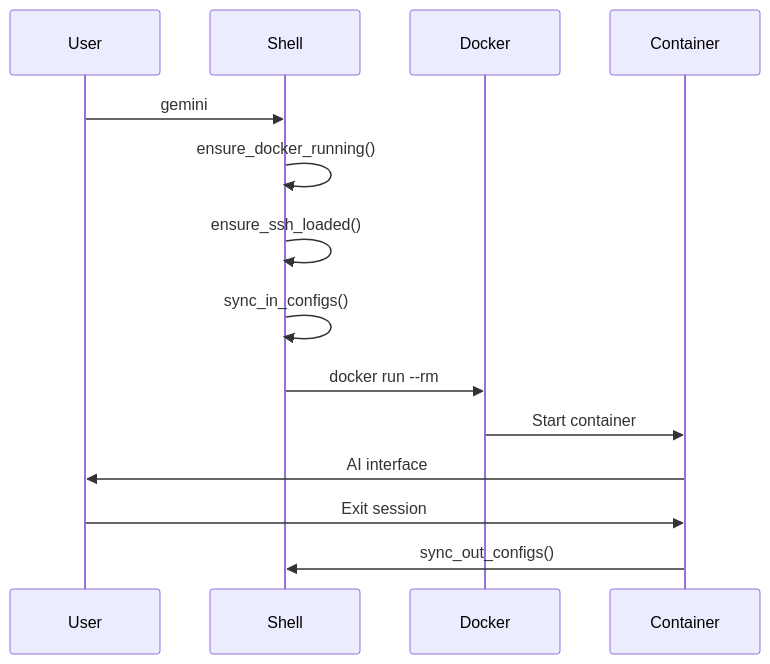
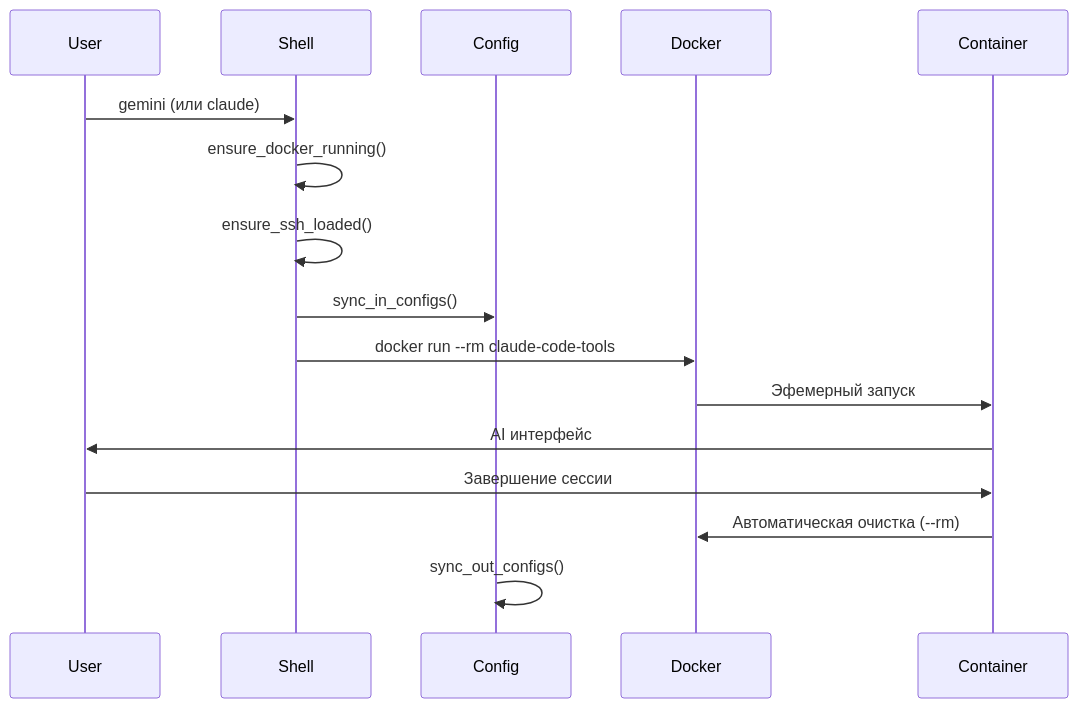
One commit to RussianLioN/claude-code-docker-tools changed the first of 2 diagrams in PROJECT_ARCHITECTURE.md. Above: the diagram before and after it, drawn with Mermaid. The commit also changed other lines of this file and 36 other files, not shown here.

Commit message:
fix(claude): fix auth persistence via sync-out and hostname pinning

````diff
--- a/PROJECT_ARCHITECTURE.md
+++ b/PROJECT_ARCHITECTURE.md
@@ -170,17 +209,19 @@
 ```mermaid
 sequenceDiagram
     participant User
     participant Shell
+    participant Config
     participant Docker
     participant Container
 
-    User->>Shell: gemini
+    User->>Shell: gemini (или claude)
     Shell->>Shell: ensure_docker_running()
     Shell->>Shell: ensure_ssh_loaded()
-    Shell->>Shell: sync_in_configs()
-    Shell->>Docker: docker run --rm
-    Docker->>Container: Start container
-    Container->>User: AI interface
-    User->>Container: Exit session
-    Container->>Shell: sync_out_configs()
+    Shell->>Config: sync_in_configs()
+    Shell->>Docker: docker run --rm claude-code-tools
+    Docker->>Container: Эфемерный запуск
+    Container->>User: AI интерфейс
+    User->>Container: Завершение сессии
+    Container->>Docker: Автоматическая очистка (--rm)
+    Config->>Config: sync_out_configs()
 ```
````
